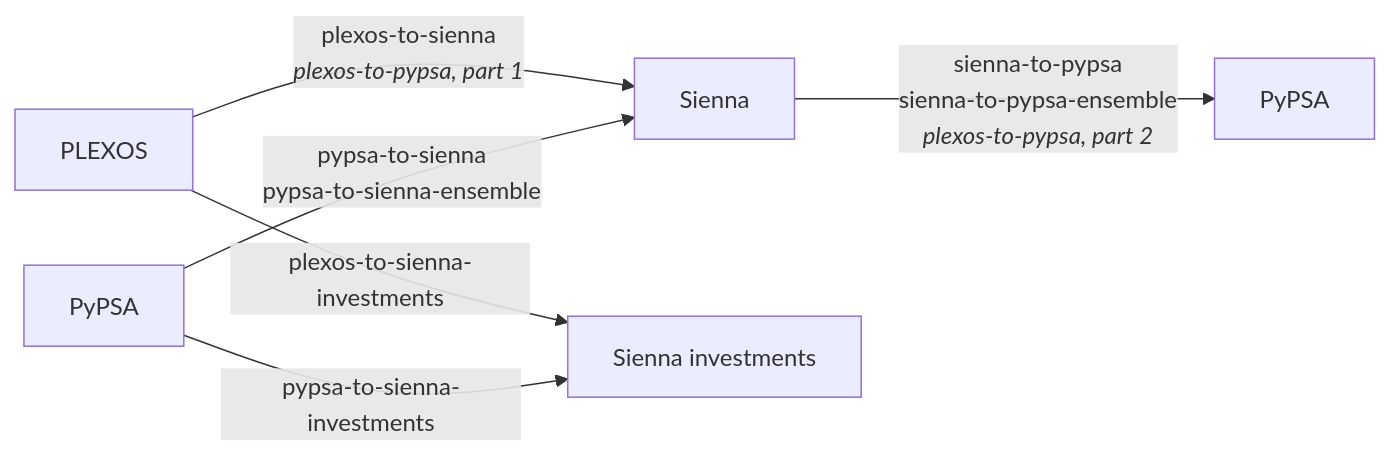
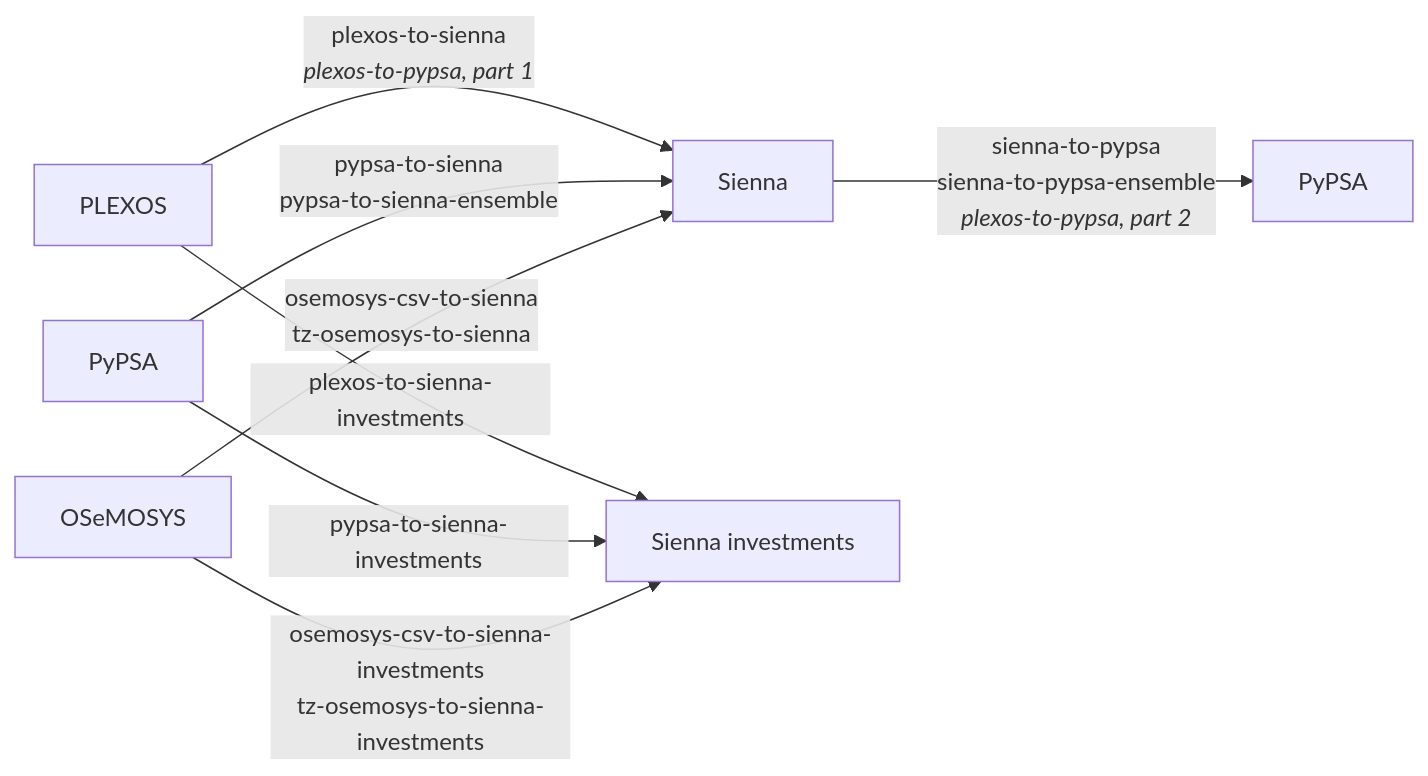
The diagram in README.md (transition-zero/tz-oss-interop), drawn with Mermaid before and after one commit. The commit also changed other lines of this file and 6 other files, not shown here.

First line of the commit message:
Point the existing documents at the OSeMOSYS translation into Sienna

````diff
--- a/README.md
+++ b/README.md
@@ -16,14 +16,17 @@
 ```mermaid
 flowchart LR
     plexos[PLEXOS]
     pypsa_in[PyPSA]
+    osemosys[OSeMOSYS]
     sienna[Sienna]
     investments[Sienna investments]
     pypsa_out[PyPSA]
 
     plexos -->|"plexos-to-sienna<br/><i>plexos-to-pypsa, part 1</i>"| sienna
     pypsa_in -->|"pypsa-to-sienna<br/>pypsa-to-sienna-ensemble"| sienna
+    osemosys -->|"osemosys-csv-to-sienna<br/>tz-osemosys-to-sienna"| sienna
     sienna -->|"sienna-to-pypsa<br/>sienna-to-pypsa-ensemble<br/><i>plexos-to-pypsa, part 2</i>"| pypsa_out
     plexos -->|plexos-to-sienna-investments| investments
     pypsa_in -->|pypsa-to-sienna-investments| investments
+    osemosys -->|"osemosys-csv-to-sienna-investments<br/>tz-osemosys-to-sienna-investments"| investments
 ```
````
